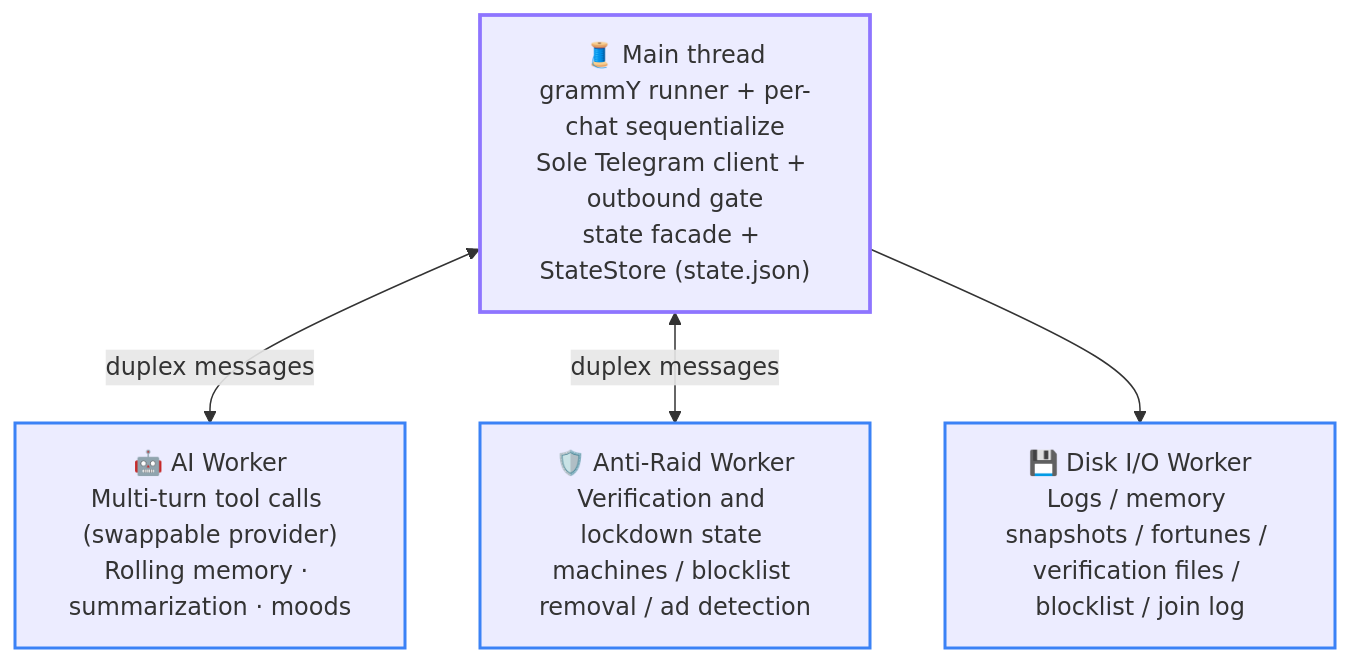
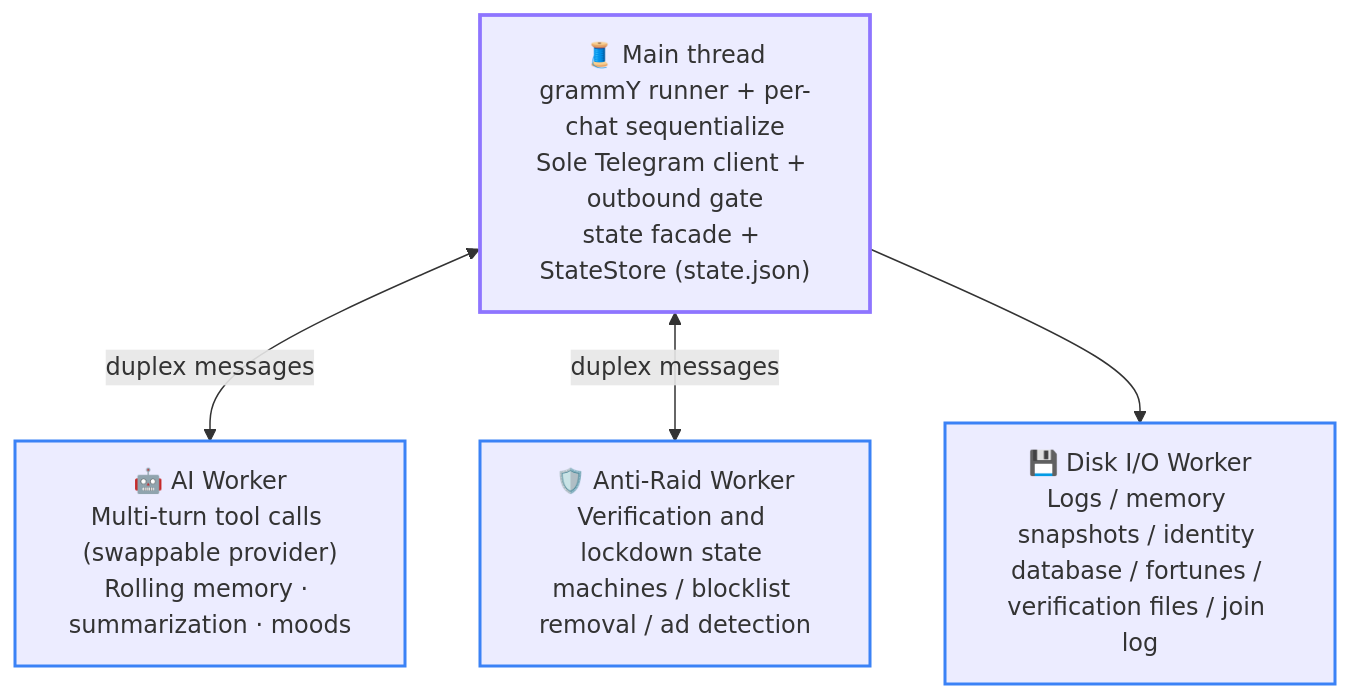
The first of 2 diagrams in docs/en/02-architecture.md (Asashishi/copy_ninjia), drawn with Mermaid before and after one commit. The commit also changed other lines of this file and 309 other files, not shown here.

````diff
--- a/docs/en/02-architecture.md
+++ b/docs/en/02-architecture.md
@@ -17,14 +17,14 @@
 ```mermaid
 flowchart TD
     classDef main stroke:#8e75ff,stroke-width:2.5px;
     classDef worker stroke:#3b82f6,stroke-width:2px;
 
     MAIN["🧵 Main thread<br/>grammY runner + per-chat sequentialize<br/>Sole Telegram client + outbound gate<br/>state facade + StateStore (state.json)"]:::main
     AI["🤖 AI Worker<br/>Multi-turn tool calls (swappable provider)<br/>Rolling memory · summarization · moods"]:::worker
     RAID["🛡️ Anti-Raid Worker<br/>Verification and lockdown state machines / blocklist removal / ad detection"]:::worker
-    DISK["💾 Disk I/O Worker<br/>Logs / memory snapshots / fortunes / verification files / blocklist / join log"]:::worker
+    DISK["💾 Disk I/O Worker<br/>Logs / memory snapshots / identity database / fortunes / verification files / join log"]:::worker
 
     MAIN <-->|duplex messages| AI
     MAIN <-->|duplex messages| RAID
     MAIN --> DISK
 ```
````
